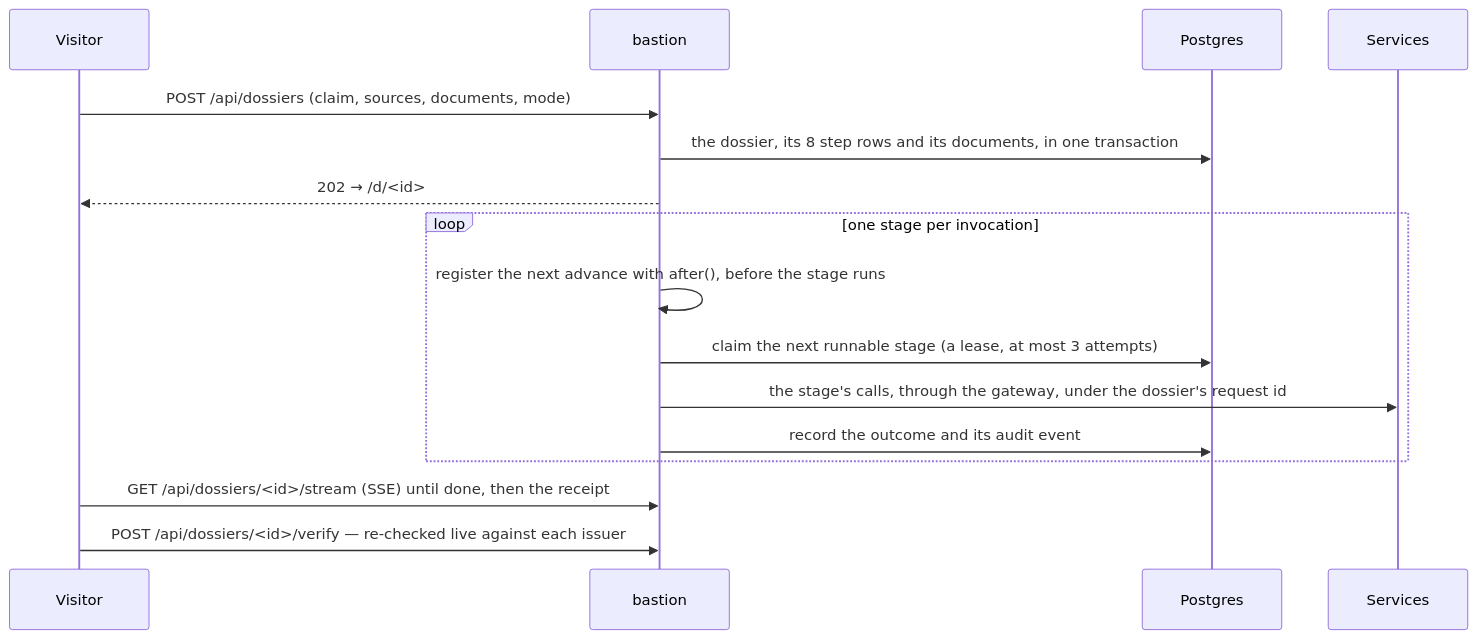
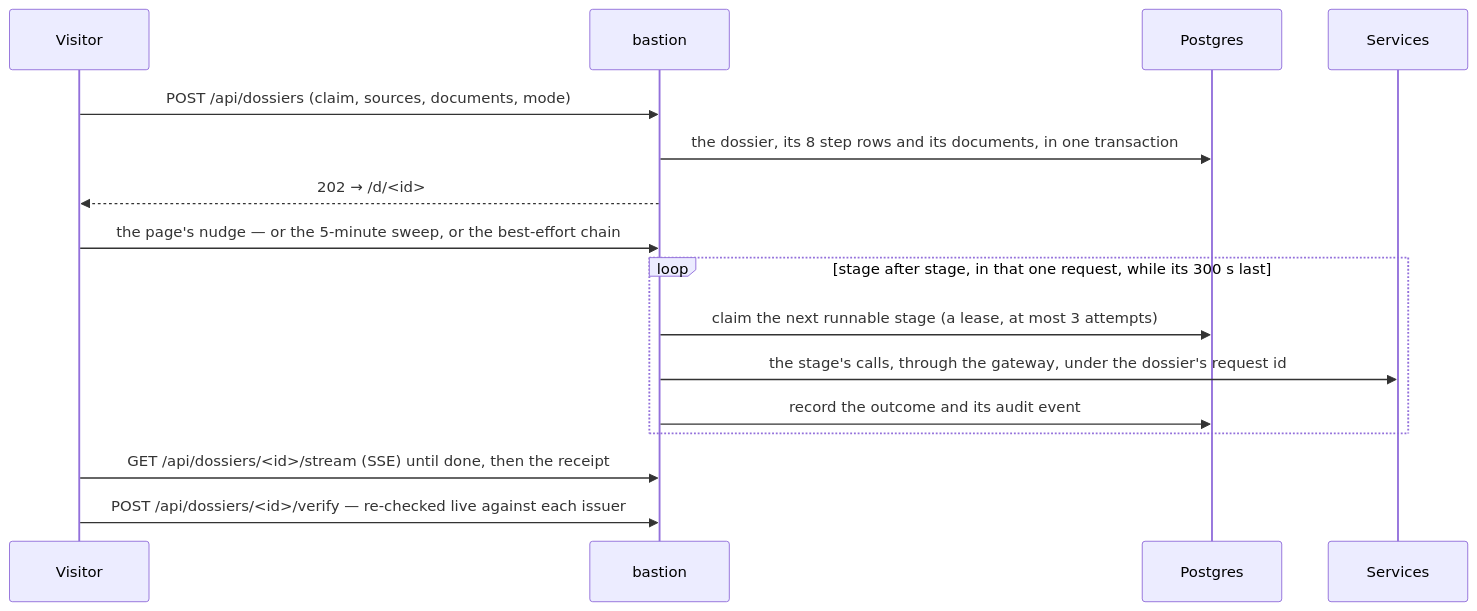
One commit to Abdul-Muizz1310/bastion changed the second of 2 diagrams in README.md. Above: the diagram before and after it, drawn with Mermaid. The commit also changed other lines of this file and 2 other files, not shown here.

First line of the commit message:
docs: describe the drivers: the page's nudge, the sweep, the chain

````diff
--- a/README.md
+++ b/README.md
@@ -112,19 +112,19 @@
 ```mermaid
 sequenceDiagram
     participant V as Visitor
     participant B as bastion
     participant DB as Postgres
     participant S as Services
 
     V->>B: POST /api/dossiers (claim, sources, documents, mode)
     B->>DB: the dossier, its 8 step rows and its documents, in one transaction
     B-->>V: 202 → /d/<id>
-    loop one stage per invocation
-        B->>B: register the next advance with after(), before the stage runs
+    V->>B: the page's nudge — or the 5-minute sweep, or the best-effort chain
+    loop stage after stage, in that one request, while its 300 s last
         B->>DB: claim the next runnable stage (a lease, at most 3 attempts)
         B->>S: the stage's calls, through the gateway, under the dossier's request id
         B->>DB: record the outcome and its audit event
     end
     V->>B: GET /api/dossiers/<id>/stream (SSE) until done, then the receipt
     V->>B: POST /api/dossiers/<id>/verify — re-checked live against each issuer
 ```
````
